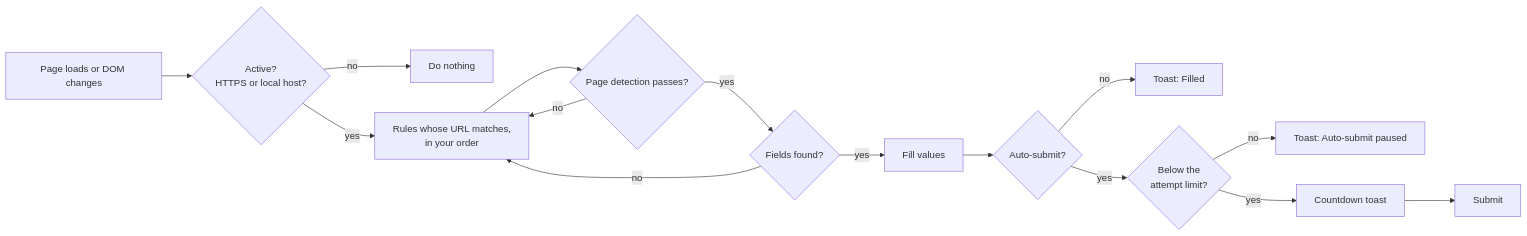
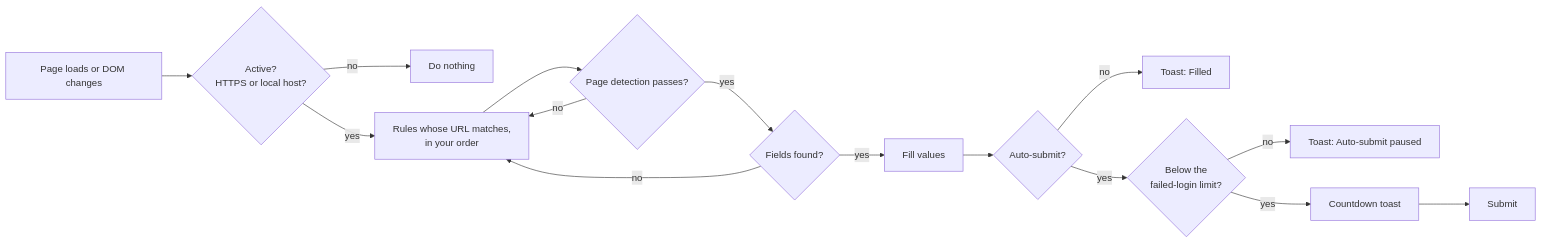
One commit to dkrizan/latchkey changed the diagram in README.md. Above: the diagram before and after it, drawn with Mermaid. The commit also changed other lines of this file and 7 other files, not shown here.

````diff
--- a/README.md
+++ b/README.md
@@ -133,16 +133,16 @@
 ```mermaid
 flowchart LR
   A[Page loads or DOM changes] --> B{Active?<br/>HTTPS or local host?}
   B -- no --> Z[Do nothing]
   B -- yes --> C[Rules whose URL matches,<br/>in your order]
   C --> D{Page detection passes?}
   D -- no --> C
   D -- yes --> E{Fields found?}
   E -- no --> C
   E -- yes --> F[Fill values]
   F --> G{Auto-submit?}
   G -- no --> H[Toast: Filled]
-  G -- yes --> I{Below the<br/>attempt limit?}
+  G -- yes --> I{Below the<br/>failed-login limit?}
   I -- no --> J[Toast: Auto-submit paused]
   I -- yes --> K[Countdown toast] --> L[Submit]
 ```
````
